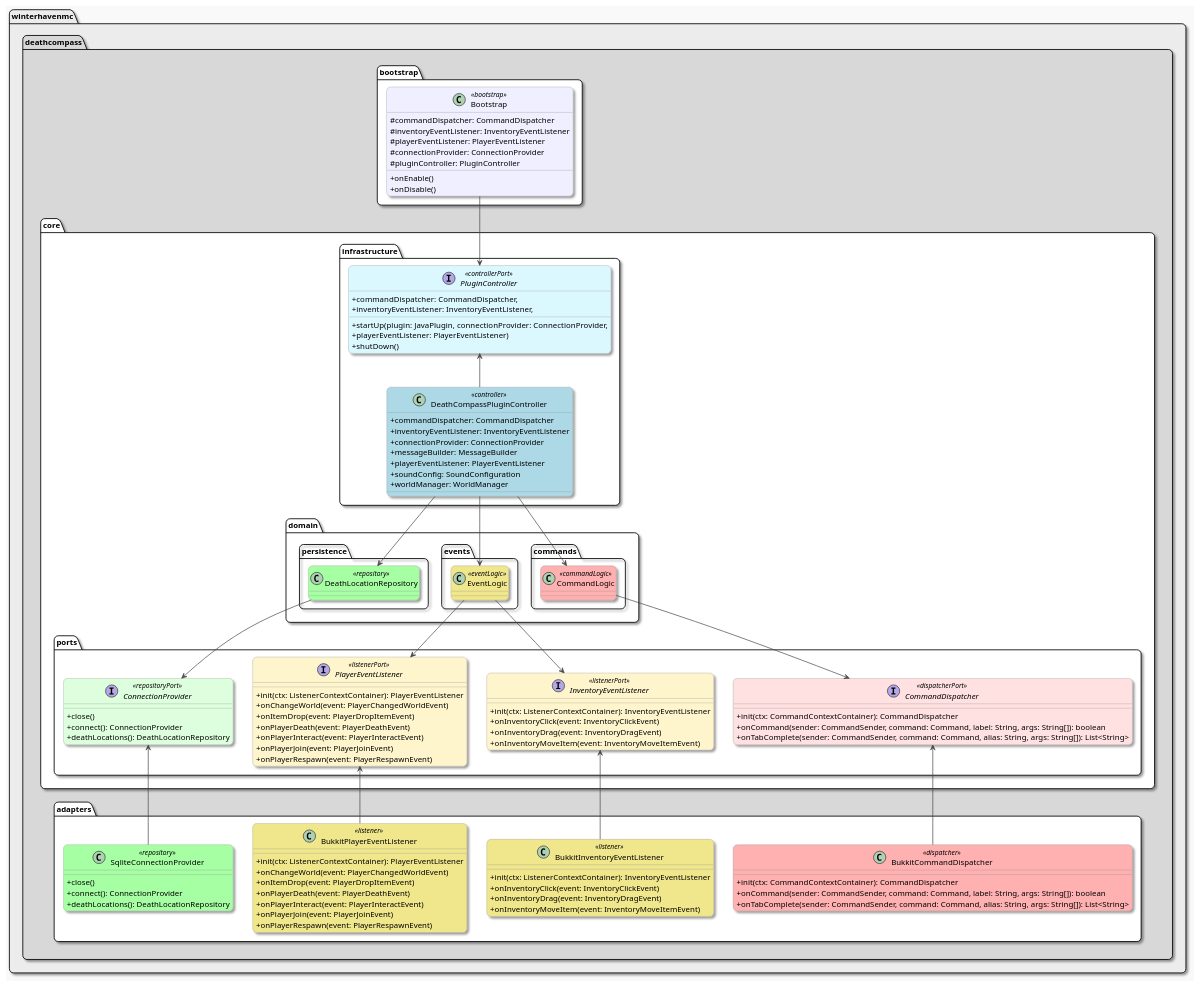
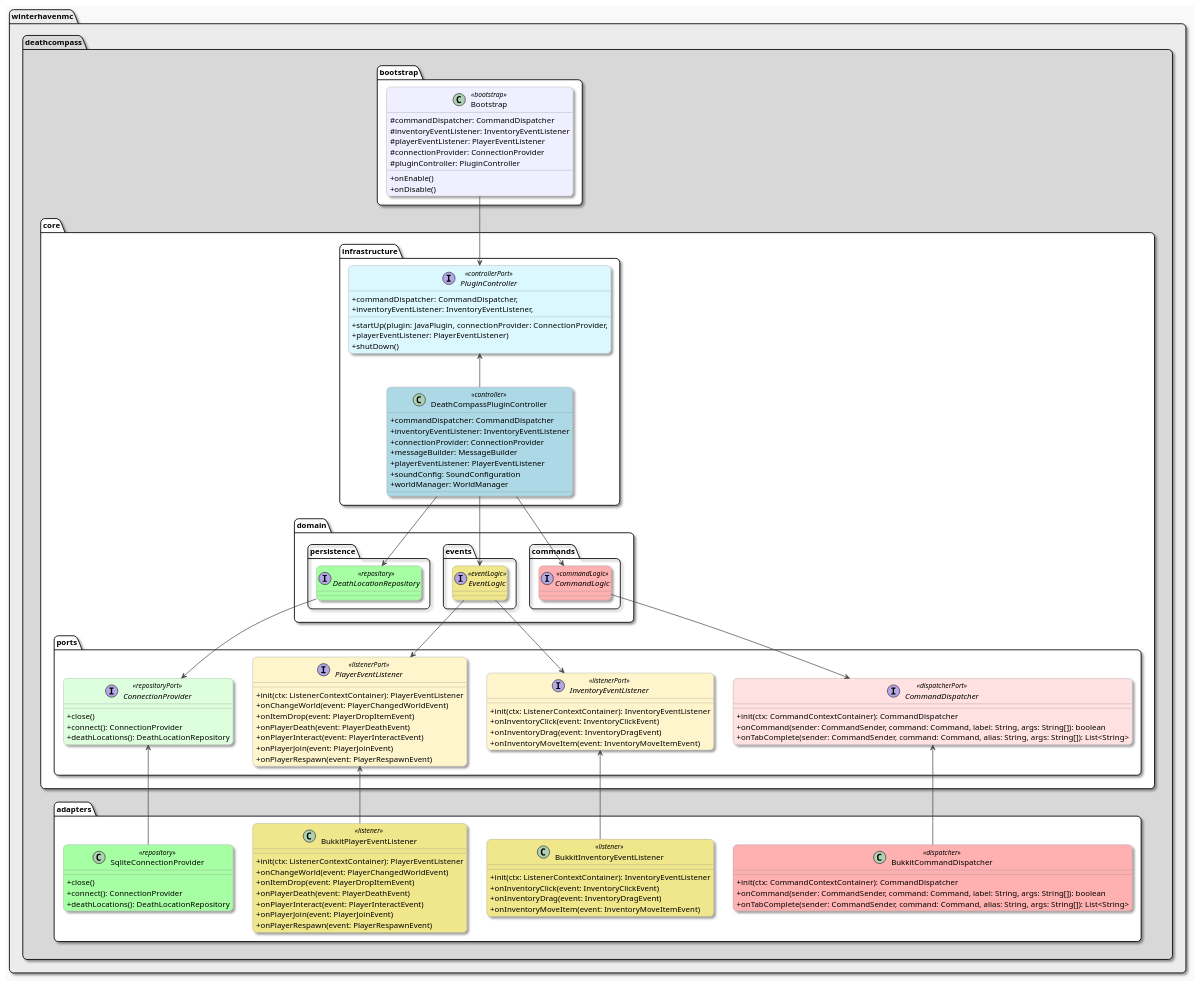
Before and after one commit to winterhavenmc/SavageDeathCompass: the diagram in core/doc-files/diagrams/PluginController_structure_alt_4.puml, drawn with PlantUML.

Commit message:
edit diagram

```diff
--- a/core/doc-files/diagrams/PluginController_structure_alt_4.puml
+++ b/core/doc-files/diagrams/PluginController_structure_alt_4.puml
@@ -1,185 +1,185 @@
 @startuml
 ' === GLOBAL STYLING ===
 skinparam backgroundColor #f9f9f9
 skinparam shadowing true
 skinparam roundCorner 15
 skinparam ArrowColor #444444
 skinparam ArrowThickness 1.2
 skinparam ArrowFontSize 11
 skinparam packageTitleFontSize 14
 skinparam classFontName "Helvetica"
 skinparam classAttributeIconSize 0
 skinparam class {
   BackgroundColor white
   BorderColor #888888
 }
 
 ' stereotypes for role-based coloring
 skinparam class {
   BackgroundColor<<bootstrap>> MOTIVATION
   BackgroundColor<<controller>> LightBlue
   BackgroundColor<<controllerPort>> #dcf8ff
   BackgroundColor<<manager>> Lavender
   BackgroundColor<<dispatcher>> #ffb0b0
   BackgroundColor<<commandLogic>> #ffb0b0
   BackgroundColor<<eventLogic>> Khaki
   BackgroundColor<<dispatcherPort>> #ffe1e1
   BackgroundColor<<listener>> Khaki
   BackgroundColor<<listenerPort>> #FFF5CC
   BackgroundColor<<repository>> #a7ffa4
   BackgroundColor<<repositoryPort>> #ddffdd
   BackgroundColor<<DeathLocationRepository>> #a7ffa4
 }
 
   ' === PACKAGES ===
   package "winterhavenmc" #ececec {
     package "deathcompass" #d8d8d8 {
 
         together {
           ' --- Bootstrap layer ---
           package "bootstrap" #ffffff {
             class Bootstrap <<bootstrap>> {
               # commandDispatcher: CommandDispatcher
               # inventoryEventListener: InventoryEventListener
               # playerEventListener: PlayerEventListener
               # connectionProvider: ConnectionProvider
               # pluginController: PluginController
               + onEnable()
               + onDisable()
             }
           }
 
         ' --- Core layers (2,3,4) ---
         package "core" #ffffff {
             package "infrastructure" #ffffff {
                 interface PluginController <<controllerPort>> {
                     + startUp(plugin: JavaPlugin, connectionProvider: ConnectionProvider,
                     + commandDispatcher: CommandDispatcher,
                     + inventoryEventListener: InventoryEventListener,
                     + playerEventListener: PlayerEventListener)
                     + shutDown()
                 }
                 class DeathCompassPluginController <<controller>> {
                     + commandDispatcher: CommandDispatcher
                     + inventoryEventListener: InventoryEventListener
                     + connectionProvider: ConnectionProvider
                     + messageBuilder: MessageBuilder
                     + playerEventListener: PlayerEventListener
                     + soundConfig: SoundConfiguration
                     + worldManager: WorldManager
                 }
             }
 
             package "domain" #ffffff {
                 package "commands" {
-                    class CommandLogic <<commandLogic>> {
+                    interface CommandLogic <<commandLogic>> {
                     }
                 }
                 package "events" {
-                    class EventLogic <<eventLogic>> {
+                    interface EventLogic <<eventLogic>> {
                     }
                 }
                 package "persistence" {
-                    class DeathLocationRepository <<repository>> {
+                    interface DeathLocationRepository <<repository>> {
                     }
                 }
             }
 
             package "ports" #ffffff {
             interface CommandDispatcher <<dispatcherPort>> {
                 + init(ctx: CommandContextContainer): CommandDispatcher
                 + onCommand(sender: CommandSender, command: Command, label: String, args: String[]): boolean
                 + onTabComplete(sender: CommandSender, command: Command, alias: String, args: String[]): List<String>
             }
 
             interface InventoryEventListener <<listenerPort>> {
                 + init(ctx: ListenerContextContainer): InventoryEventListener
                 + onInventoryClick(event: InventoryClickEvent)
                 + onInventoryDrag(event: InventoryDragEvent)
                 + onInventoryMoveItem(event: InventoryMoveItemEvent)
             }
 
             interface PlayerEventListener <<listenerPort>> {
                 + init(ctx: ListenerContextContainer): PlayerEventListener
                 + onChangeWorld(event: PlayerChangedWorldEvent)
                 + onItemDrop(event: PlayerDropItemEvent)
                 + onPlayerDeath(event: PlayerDeathEvent)
                 + onPlayerInteract(event: PlayerInteractEvent)
                 + onPlayerJoin(event: PlayerJoinEvent)
                 + onPlayerRespawn(event: PlayerRespawnEvent)
             }
 
             interface ConnectionProvider <<repositoryPort>> {
                 + close()
                 + connect(): ConnectionProvider
                 + deathLocations(): DeathLocationRepository
             }
         }
     }
 
     ' --- Adapters layer (5) ---
     package "adapters" #ffffff {
         class BukkitCommandDispatcher <<dispatcher>> {
             + init(ctx: CommandContextContainer): CommandDispatcher
             + onCommand(sender: CommandSender, command: Command, label: String, args: String[]): boolean
             + onTabComplete(sender: CommandSender, command: Command, alias: String, args: String[]): List<String>
         }
 
       class BukkitInventoryEventListener <<listener>> {
         + init(ctx: ListenerContextContainer): InventoryEventListener
         + onInventoryClick(event: InventoryClickEvent)
         + onInventoryDrag(event: InventoryDragEvent)
         + onInventoryMoveItem(event: InventoryMoveItemEvent)
       }
 
       class BukkitPlayerEventListener <<listener>> {
         + init(ctx: ListenerContextContainer): PlayerEventListener
         + onChangeWorld(event: PlayerChangedWorldEvent)
         + onItemDrop(event: PlayerDropItemEvent)
         + onPlayerDeath(event: PlayerDeathEvent)
         + onPlayerInteract(event: PlayerInteractEvent)
         + onPlayerJoin(event: PlayerJoinEvent)
         + onPlayerRespawn(event: PlayerRespawnEvent)
       }
 
       class SqliteConnectionProvider <<repository>> {
         + close()
         + connect(): ConnectionProvider
         + deathLocations(): DeathLocationRepository
       }
     }
   }
   }
 }
 
 
 ' === RELATIONSHIPS ===
 'Bootstrap.Bootstrap --> Core.PluginController
 'Core.PluginController <-- Core.DeathCompassPluginController
 'Core.CommandDispatcher <-- Adapters.BukkitCommandDispatcher
 'Core.ConnectionProvider <-- Adapters.SqliteConnectionProvider
 'Core.InventoryEventListener <-- Adapters.BukkitInventoryEventListener
 'Core.PlayerEventListener <-- Adapters.BukkitPlayerEventListener
 'DeathCompassPluginController --> CommandDispatcher
 'DeathCompassPluginController --> ConnectionProvider
 'DeathCompassPluginController --> InventoryEventListener
 'DeathCompassPluginController --> PlayerEventListener
 
 
 ' === RELATIONSHIPS ===
  Bootstrap --> PluginController
 'PluginController <-- bootstrap
 EventLogic --> PlayerEventListener
 EventLogic --> InventoryEventListener
 CommandLogic --> CommandDispatcher
 PluginController <-- DeathCompassPluginController
 DeathCompassPluginController --> CommandLogic
 DeathCompassPluginController --> EventLogic
 DeathCompassPluginController --> DeathLocationRepository
 CommandDispatcher <-- BukkitCommandDispatcher
 ConnectionProvider <-- SqliteConnectionProvider
 DeathLocationRepository --> ConnectionProvider
 PlayerEventListener <-- BukkitPlayerEventListener
 InventoryEventListener <-- BukkitInventoryEventListener
 
 @enduml
```
